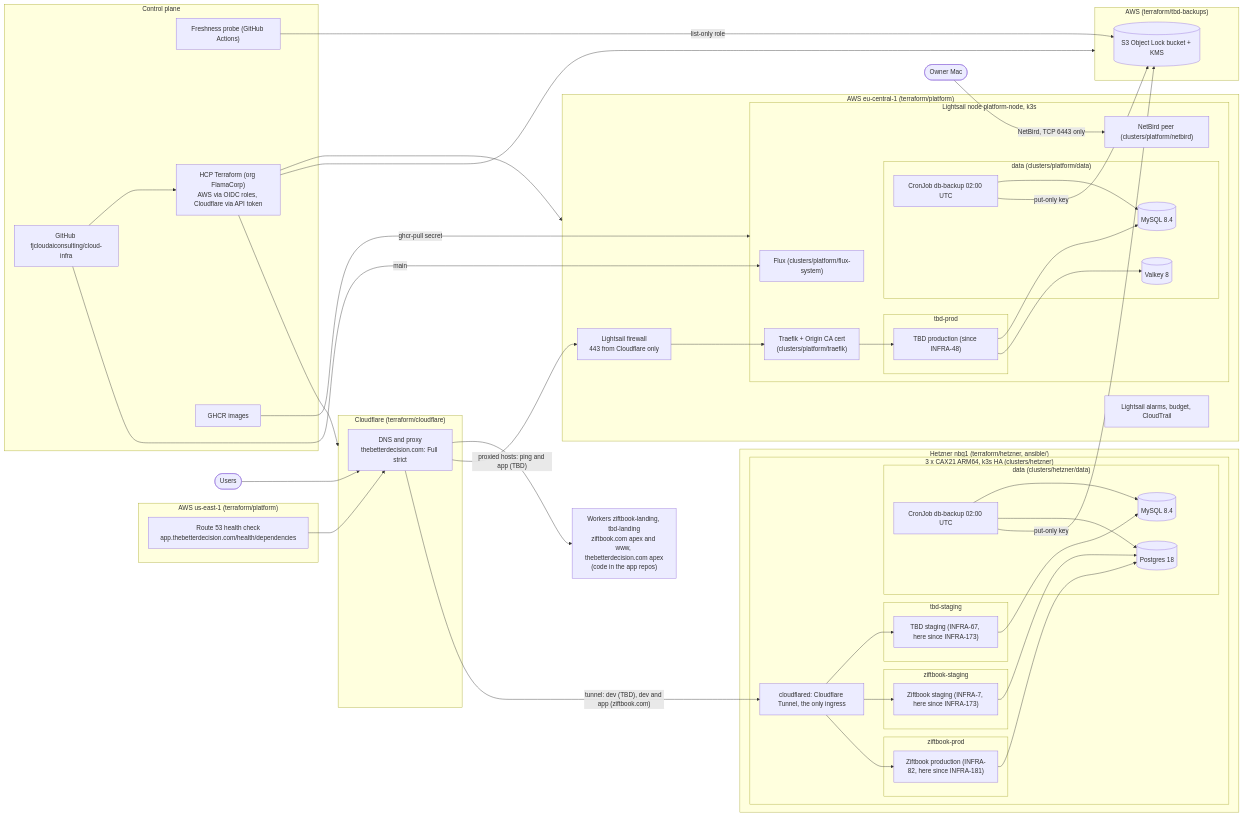
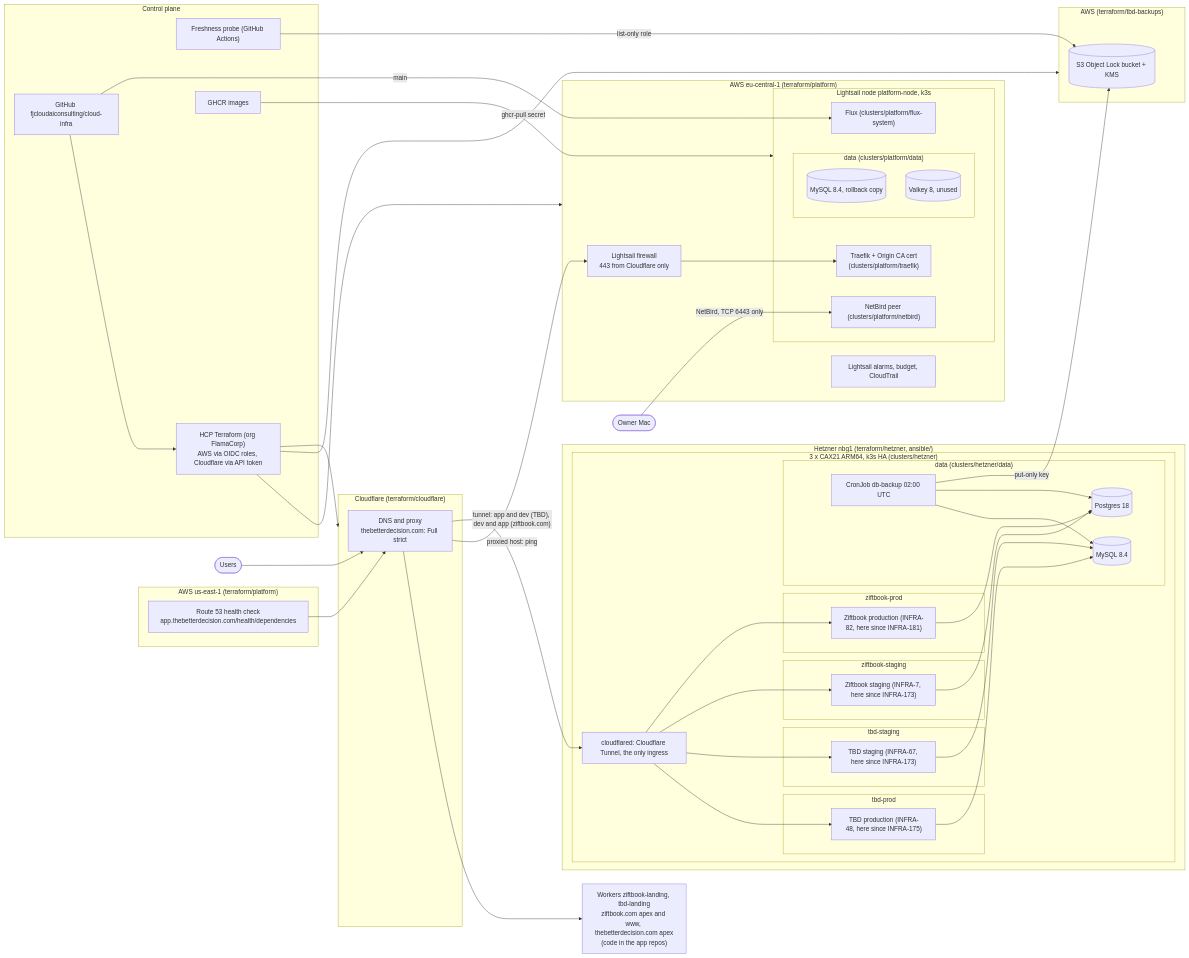
Before and after one commit to fjcloudaiconsulting/aws-infra: the diagram in docs/architecture.md, drawn with Mermaid. The commit also changed other lines of this file and 20 other files, not shown here.

````diff
--- a/docs/architecture.md
+++ b/docs/architecture.md
@@ -7,78 +7,74 @@
 ```mermaid
 flowchart LR
   user([Users]) --> cf
 
   subgraph cloudflare["Cloudflare (terraform/cloudflare)"]
     cf["DNS and proxy<br/>thebetterdecision.com: Full strict"]
   end
   worker["Workers ziftbook-landing, tbd-landing<br/>ziftbook.com apex and www, thebetterdecision.com apex<br/>(code in the app repos)"]
   cf --> worker
 
   subgraph aws_platform["AWS eu-central-1 (terraform/platform)"]
     fw["Lightsail firewall<br/>443 from Cloudflare only"]
     subgraph node["Lightsail node platform-node, k3s"]
       traefik["Traefik + Origin CA cert<br/>(clusters/platform/traefik)"]
-      subgraph ns_tbd["tbd-prod"]
-        tbdapp["TBD production (since INFRA-48)"]
-      end
       subgraph ns_data["data (clusters/platform/data)"]
-        mysql[("MySQL 8.4")]
-        valkey[("Valkey 8")]
-        backup["CronJob db-backup 02:00 UTC"]
+        mysql[("MySQL 8.4, rollback copy")]
+        valkey[("Valkey 8, unused")]
       end
       flux["Flux (clusters/platform/flux-system)"]
       netbird["NetBird peer (clusters/platform/netbird)"]
     end
     alarms["Lightsail alarms, budget, CloudTrail"]
   end
-  cf -->|"proxied hosts: ping and app (TBD)"| fw --> traefik
-  traefik --> tbdapp
-  tbdapp --> mysql & valkey
-  backup --> mysql
+  cf -->|"proxied host: ping"| fw --> traefik
 
   subgraph hetzner["Hetzner nbg1 (terraform/hetzner, ansible/)"]
     subgraph hk3s["3 x CAX21 ARM64, k3s HA (clusters/hetzner)"]
       cfd["cloudflared: Cloudflare Tunnel, the only ingress"]
+      subgraph ns_tbdp["tbd-prod"]
+        tbdprod["TBD production (INFRA-48, here since INFRA-175)"]
+      end
       subgraph ns_tbds["tbd-staging"]
         tbdstg["TBD staging (INFRA-67, here since INFRA-173)"]
       end
       subgraph ns_zif["ziftbook-staging"]
         zifapp["Ziftbook staging (INFRA-7, here since INFRA-173)"]
       end
       subgraph ns_zifp["ziftbook-prod"]
         zifprod["Ziftbook production (INFRA-82, here since INFRA-181)"]
       end
       subgraph hdata["data (clusters/hetzner/data)"]
         hmysql[("MySQL 8.4")]
         hpostgres[("Postgres 18")]
         hbackup["CronJob db-backup 02:00 UTC"]
       end
     end
   end
-  cf -->|"tunnel: dev (TBD), dev and app (ziftbook.com)"| cfd --> tbdstg & zifapp & zifprod
-  tbdstg --> hmysql
+  cf -->|"tunnel: app and dev (TBD), dev and app (ziftbook.com)"| cfd --> tbdprod & tbdstg & zifapp & zifprod
+  tbdprod & tbdstg --> hmysql
   zifapp & zifprod --> hpostgres
   hbackup --> hmysql & hpostgres
 
   subgraph aws_backups["AWS (terraform/tbd-backups)"]
     bucket[("S3 Object Lock bucket + KMS")]
   end
-  backup & hbackup -->|"put-only key"| bucket
+  hbackup -->|"put-only key"| bucket
   probe -->|"list-only role"| bucket
 
   subgraph useast["AWS us-east-1 (terraform/platform)"]
     hc["Route 53 health check<br/>app.thebetterdecision.com/health/dependencies"]
   end
   hc --> cf
 
   subgraph control["Control plane"]
     gh["GitHub fjcloudaiconsulting/cloud-infra"]
     tfc["HCP Terraform (org FlamaCorp)<br/>AWS via OIDC roles, Cloudflare via API token"]
     ghcr["GHCR images"]
     probe["Freshness probe (GitHub Actions)"]
   end
   gh --> tfc --> aws_platform & aws_backups & cloudflare
   gh -->|"main"| flux
   ghcr -->|"ghcr-pull secret"| node
   owner([Owner Mac]) -->|"NetBird, TCP 6443 only"| netbird
 ```
````
